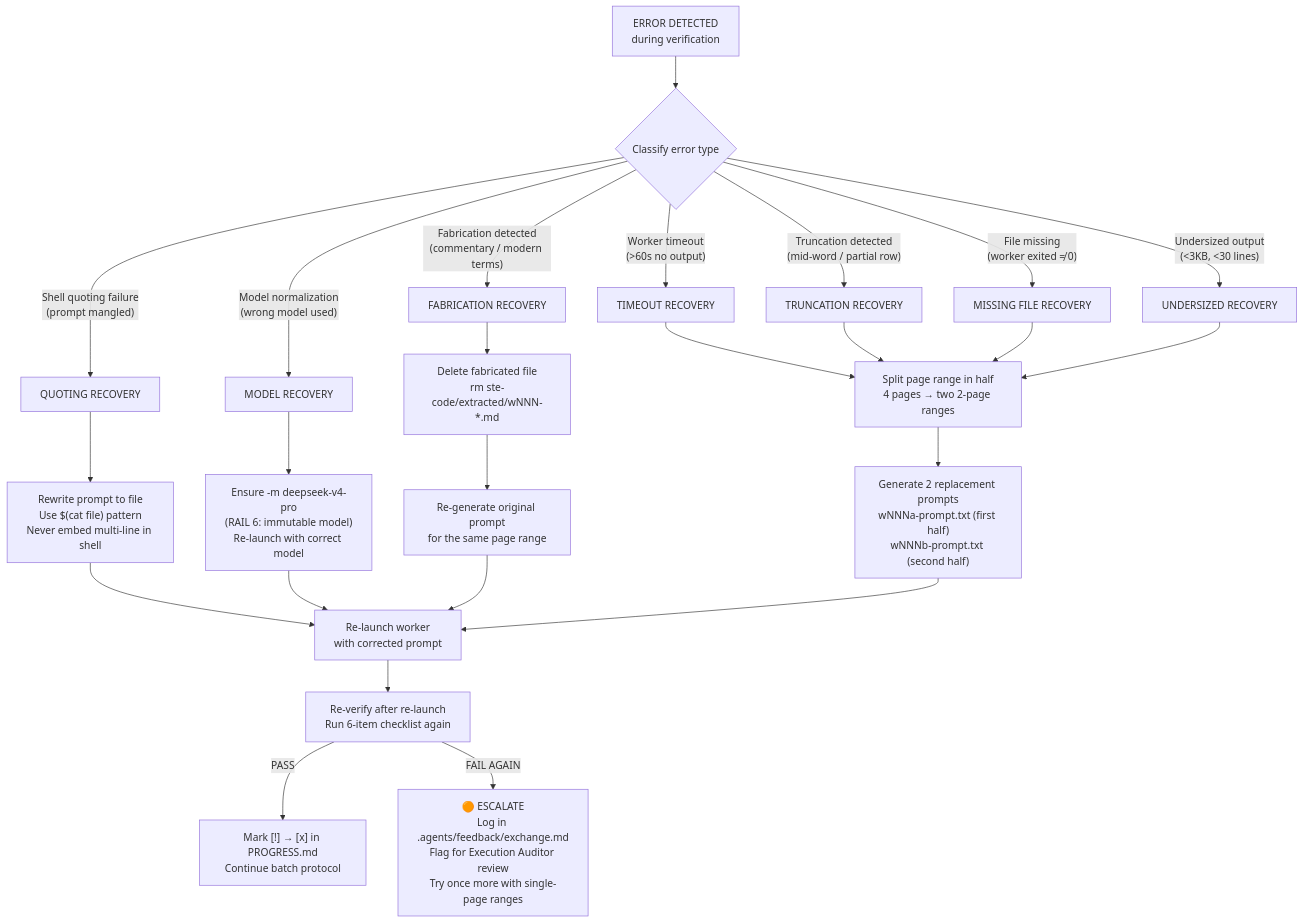
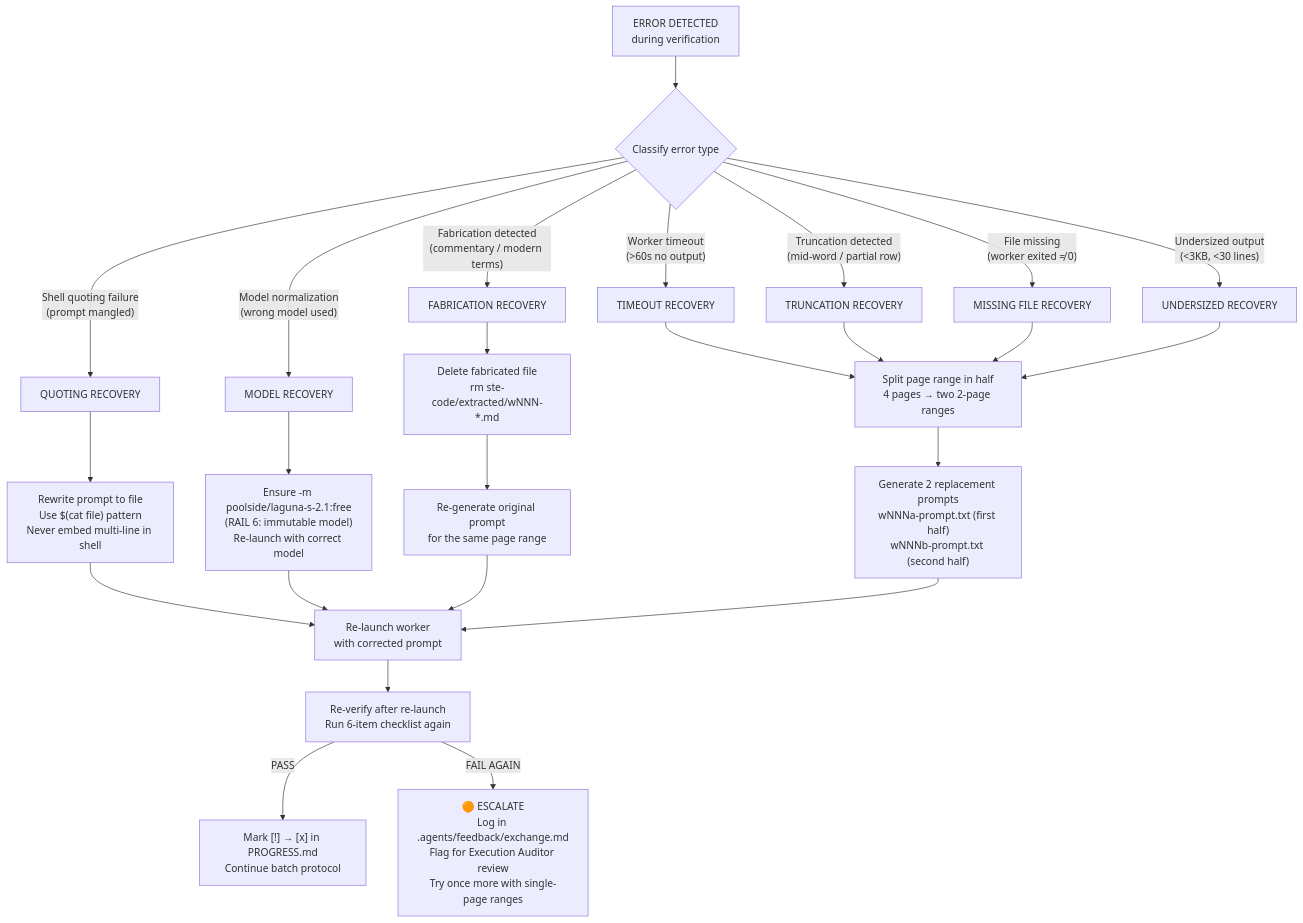
Before and after one commit to NikolaRHristov/STE-Code: the fifth of 7 diagrams in .agents/uml/worker-lifecycle.md, drawn with Mermaid. The commit also changed other lines of this file and 37 other files, not shown here.

First line of the commit message:
docs(references): update model references and extract correct documentation

````diff
--- a/.agents/uml/worker-lifecycle.md
+++ b/.agents/uml/worker-lifecycle.md
@@ -272,31 +272,31 @@
 ```mermaid
 flowchart TD
     ERR["ERROR DETECTED\nduring verification"] --> CLASSIFY{"Classify error type"}
 
     CLASSIFY -->|"Worker timeout\n(>60s no output)"| TO["TIMEOUT RECOVERY"]
     CLASSIFY -->|"Shell quoting failure\n(prompt mangled)"| SQ["QUOTING RECOVERY"]
     CLASSIFY -->|"Model normalization\n(wrong model used)"| MN["MODEL RECOVERY"]
     CLASSIFY -->|"Truncation detected\n(mid-word / partial row)"| TR["TRUNCATION RECOVERY"]
     CLASSIFY -->|"Fabrication detected\n(commentary / modern terms)"| FB["FABRICATION RECOVERY"]
     CLASSIFY -->|"File missing\n(worker exited ≠ 0)"| FM["MISSING FILE RECOVERY"]
     CLASSIFY -->|"Undersized output\n(<3KB, <30 lines)"| US["UNDERSIZED RECOVERY"]
 
     TO --> SPLIT["Split page range in half\n4 pages → two 2-page ranges"]
     SQ --> REWRITE["Rewrite prompt to file\nUse $(cat file) pattern\nNever embed multi-line in shell"]
-    MN --> CORRECT["Ensure -m deepseek-v4-pro\n(RAIL 6: immutable model)\nRe-launch with correct model"]
+    MN --> CORRECT["Ensure -m poolside/laguna-s-2.1:free\n(RAIL 6: immutable model)\nRe-launch with correct model"]
     TR --> SPLIT
     FB --> DELETE["Delete fabricated file\nrm ste-code/extracted/wNNN-*.md"]
     FM --> SPLIT
     US --> SPLIT
 
     SPLIT --> GEN_NEW["Generate 2 replacement prompts\nwNNNa-prompt.txt (first half)\nwNNNb-prompt.txt (second half)"]
     REWRITE --> RELAUNCH["Re-launch worker\nwith corrected prompt"]
     CORRECT --> RELAUNCH
     DELETE --> GEN_ORIG["Re-generate original prompt\nfor the same page range"]
     GEN_ORIG --> RELAUNCH
     GEN_NEW --> RELAUNCH
 
     RELAUNCH --> RECHECK["Re-verify after re-launch\nRun 6-item checklist again"]
     RECHECK -->|"PASS"| MARK["Mark [!] → [x] in PROGRESS.md\nContinue batch protocol"]
     RECHECK -->|"FAIL AGAIN"| ESCALATE["🟠 ESCALATE\nLog in .agents/feedback/exchange.md\nFlag for Execution Auditor review\nTry once more with single-page ranges"]
 ```
````
